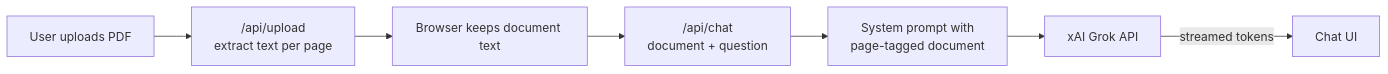
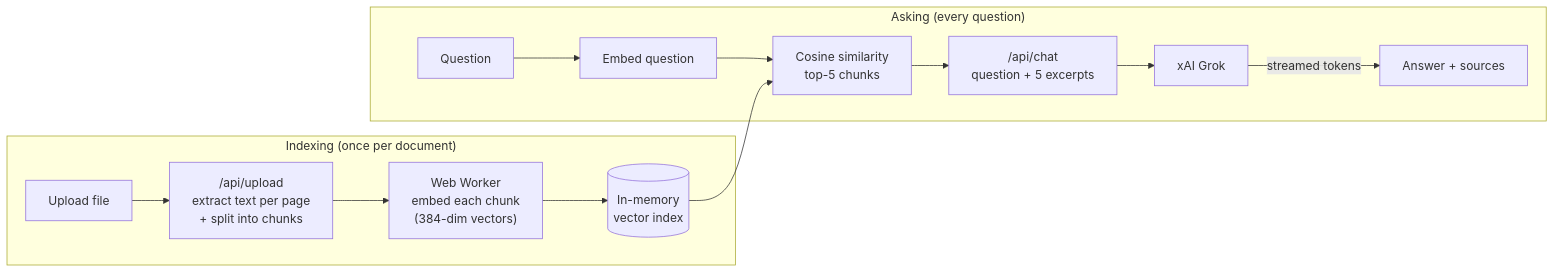
Before and after one commit to alokera/docuchat-ai: the diagram in README.md, drawn with Mermaid. The commit also changed other lines of this file, not shown here.

Commit message:
docs: document the RAG pipeline and design decisions

````diff
--- a/README.md
+++ b/README.md
@@ -21,9 +22,16 @@
 ```mermaid
 flowchart LR
-    A[User uploads PDF] --> B["/api/upload<br/>extract text per page"]
-    B --> C[Browser keeps document text]
-    C --> D["/api/chat<br/>document + question"]
-    D --> E[System prompt with<br/>page-tagged document]
-    E --> F[xAI Grok API]
-    F -- streamed tokens --> G[Chat UI]
+    subgraph Indexing["Indexing (once per document)"]
+        A[Upload file] --> B["/api/upload<br/>extract text per page<br/>+ split into chunks"]
+        B --> C["Web Worker<br/>embed each chunk<br/>(384-dim vectors)"]
+        C --> D[(In-memory<br/>vector index)]
+    end
+    subgraph Asking["Asking (every question)"]
+        Q[Question] --> E[Embed question]
+        E --> F["Cosine similarity<br/>top-5 chunks"]
+        D --> F
+        F --> G["/api/chat<br/>question + 5 excerpts"]
+        G --> H[xAI Grok]
+        H -- streamed tokens --> I[Answer + sources]
+    end
 ```
````
